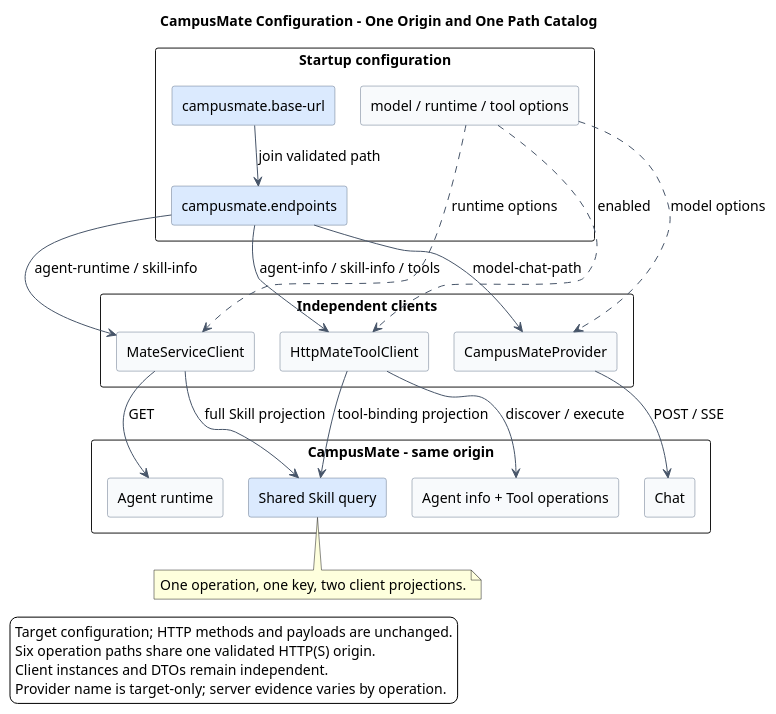
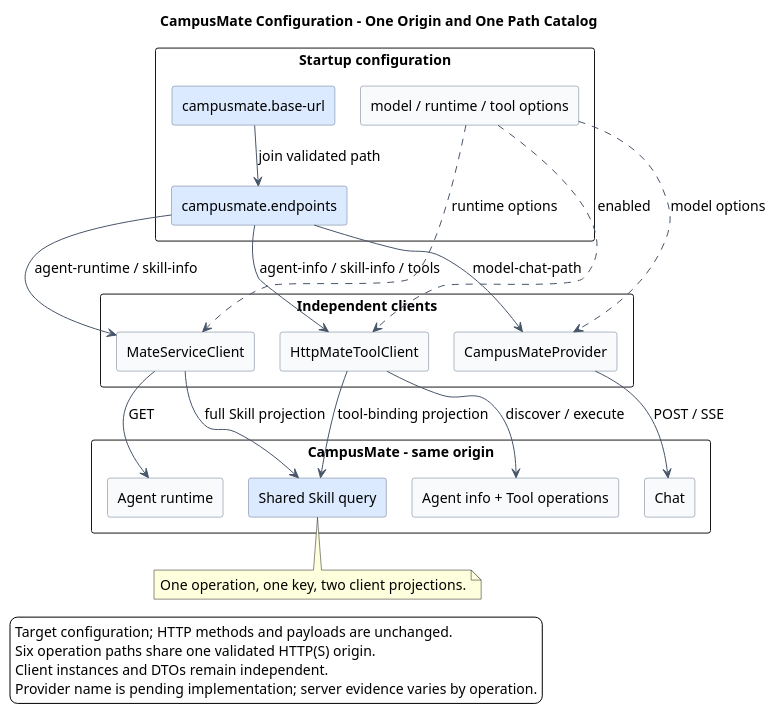
One commit to ssm0808/pi-mono-java-design changed the diagram in 02-服务与接口/02-CampusMate共享客户端配置/diagram.puml. Above: the diagram before and after it, drawn with PlantUML. The commit also changed 182 other files, not shown here.

```diff
--- a/02-服务与接口/02-CampusMate共享客户端配置/diagram.puml
+++ b/02-服务与接口/02-CampusMate共享客户端配置/diagram.puml
@@ -1,76 +1,76 @@
 @startuml campusmate_shared_base_url_configuration
 ' Source evidence baseline: pi-mono-java 320d790726a70aada6100052952d5494d2a378ac
 ' Local rename evidence: pi-mono-java f61906b9136246ca60f333704b6fc92b5420d0ec
-' Target-only: rename the Provider; configuration keys and endpoint semantics stay unchanged.
+' Pending implementation: rename the Provider; configuration keys and endpoint semantics stay unchanged.
 ' Source evidence:
 ' pi-mono-java modules/coding-agent-cli/src/main/resources/application.yml:89-140
 ' pi-mono-java modules/ai/src/main/java/com/campusclaw/ai/provider/mate/MateServiceModelManagerProvider.java:68-76 and eventFlux
 ' pi-mono-java modules/coding-agent-cli/src/main/java/com/campusclaw/codingagent/runtime/MateServiceClient.java:43-113 and 184-197
 ' pi-mono-java modules/coding-agent-cli/src/main/java/com/campusclaw/codingagent/config/MateToolAutoConfiguration.java:31-81
 ' pi-mono-java modules/coding-agent-cli/src/main/java/com/campusclaw/codingagent/common/client/HttpMateToolClient.java:41-190 and 299-320
 ' pi-mono-java modules/coding-agent-cli/src/main/java/com/campusclaw/codingagent/common/dto/SkillInfoResult.java:12-20
 ' mate-service src/main/java/com/huawei/hicampus/mate/agentdefinition/controller/AgentDefinitionController.java:38-73
 ' mate-service src/main/java/com/huawei/hicampus/mate/agentdefinition/modelmanager/controller/LlmChatController.java:35-55
 ' Observed behavior: three configuration roots own three origins and seven path keys.
 ' Observed duplication: two keys normalize to GET /mate-service/v1/skill/query/{skillId}.
 ' Product constraint: Mate and CampusMate are one service identity.
 ' Architecture change: one campusmate tree owns one origin and six unique operation paths.
 ' Architecture change: target model options move from campusmate.model-manager to campusmate.model.
 ' Security hardening: endpoint paths cannot carry another origin.
-' Target-only server scope: Skill and Tool controllers were not found in the analyzed mate-service baseline.
+' Pending implementation server scope: Skill and Tool controllers were not found in the analyzed mate-service baseline.
 
 title CampusMate Configuration - One Origin and One Path Catalog
 top to bottom direction
 skinparam backgroundColor white
 skinparam shadowing false
 skinparam defaultFontName Arial
 skinparam defaultFontSize 14
 skinparam componentStyle rectangle
 skinparam packageStyle rectangle
 skinparam nodesep 25
 skinparam ranksep 40
 skinparam component {
   BackgroundColor #F8FAFC
   BorderColor #64748B
 }
 skinparam ArrowColor #475569
 
 package "Startup configuration" {
   [campusmate.base-url] as Origin #DBEAFE
   [campusmate.endpoints] as Paths #DBEAFE
   [model / runtime / tool options] as Options
 }
 package "Independent clients" {
   [CampusMateProvider] as ChatClient
   [MateServiceClient] as RuntimeClient
   [HttpMateToolClient] as ToolClient
 }
 package "CampusMate - same origin" {
   [Chat] as Chat
   [Agent runtime] as Runtime
   [Shared Skill query] as Skill #DBEAFE
   [Agent info + Tool operations] as Tools
 }
 Origin --> Paths : join validated path
 Paths --> ChatClient : model-chat-path
 Paths --> RuntimeClient : agent-runtime / skill-info
 Paths --> ToolClient : agent-info / skill-info / tools
 Options ..> ChatClient : model options
 Options ..> RuntimeClient : runtime options
 Options ..> ToolClient : enabled
 ChatClient --> Chat : POST / SSE
 RuntimeClient --> Runtime : GET
 RuntimeClient --> Skill : full Skill projection
 ToolClient --> Skill : tool-binding projection
 ToolClient --> Tools : discover / execute
 
 note bottom of Skill
 One operation, one key, two client projections.
 end note
 legend bottom left
 Target configuration; HTTP methods and payloads are unchanged.
 Six operation paths share one validated HTTP(S) origin.
 Client instances and DTOs remain independent.
-Provider name is target-only; server evidence varies by operation.
+Provider name is pending implementation; server evidence varies by operation.
 endlegend
 @enduml
```
